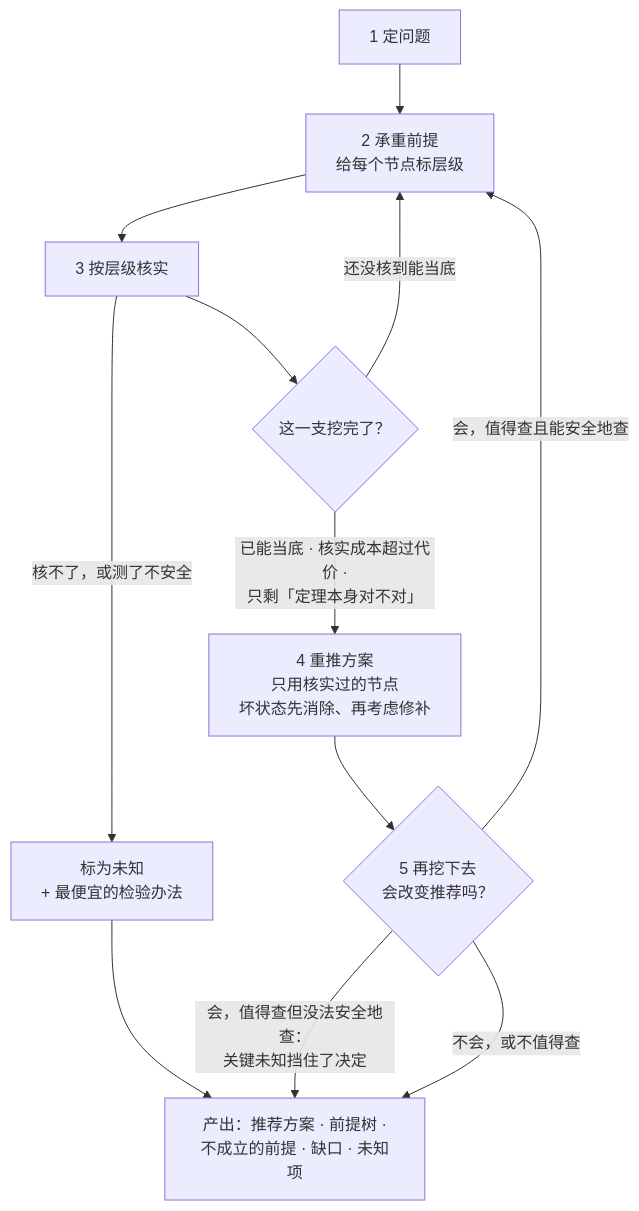
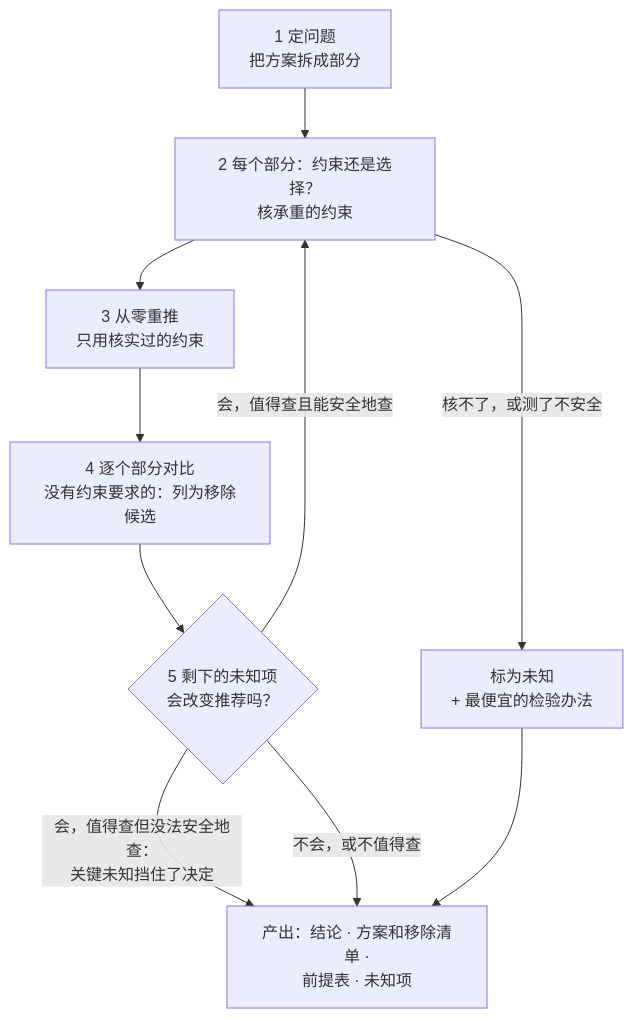
One commit to zk-hypersolid/premise-challenge changed the second of 4 diagrams in README.zh-CN.md. Above: the diagram before and after it, drawn with Mermaid. The commit also changed other lines of this file and 6 other files, not shown here.

````diff
--- a/README.zh-CN.md
+++ b/README.zh-CN.md
@@ -78,14 +78,12 @@
 ```mermaid
 flowchart TB
-    T["1 定问题"] --> P["2 承重前提<br/>给每个节点标层级"]
-    P --> V["3 按层级核实"]
-    V -- "核不了，或测了不安全" --> UK["标为未知<br/>+ 最便宜的检验办法"]
-    V --> B{"这一支挖完了？"}
-    B -- "还没核到能当底" --> P
-    B -- "已能当底 · 核实成本超过代价 ·<br/>只剩「定理本身对不对」" --> R["4 重推方案<br/>只用核实过的节点<br/>坏状态先消除、再考虑修补"]
-    R --> S{"5 再挖下去<br/>会改变推荐吗？"}
-    S -- "会，值得查且能安全地查" --> P
+    T["1 定问题<br/>把方案拆成部分"] --> K["2 每个部分：约束还是选择？<br/>核承重的约束"]
+    K -- "核不了，或测了不安全" --> UK["标为未知<br/>+ 最便宜的检验办法"]
+    K --> R["3 从零重推<br/>只用核实过的约束"]
+    R --> C["4 逐个部分对比<br/>没有约束要求的：列为移除候选"]
+    C --> S{"5 剩下的未知项<br/>会改变推荐吗？"}
+    S -- "会，值得查且能安全地查" --> K
     S -- "会，值得查但没法安全地查：<br/>关键未知挡住了决定" --> O
-    S -- "不会，或不值得查" --> O["产出：推荐方案 · 前提树 ·<br/>不成立的前提 · 缺口 · 未知项"]
+    S -- "不会，或不值得查" --> O["产出：结论 · 方案和移除清单 ·<br/>前提表 · 未知项"]
     UK --> O
 ```
````
